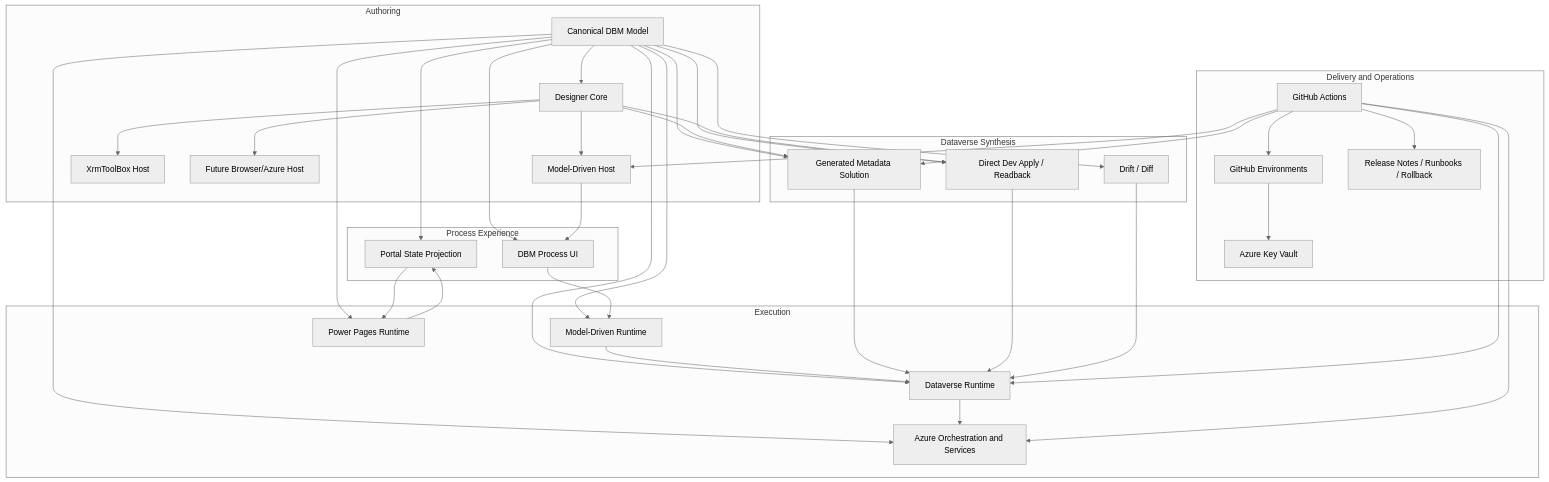
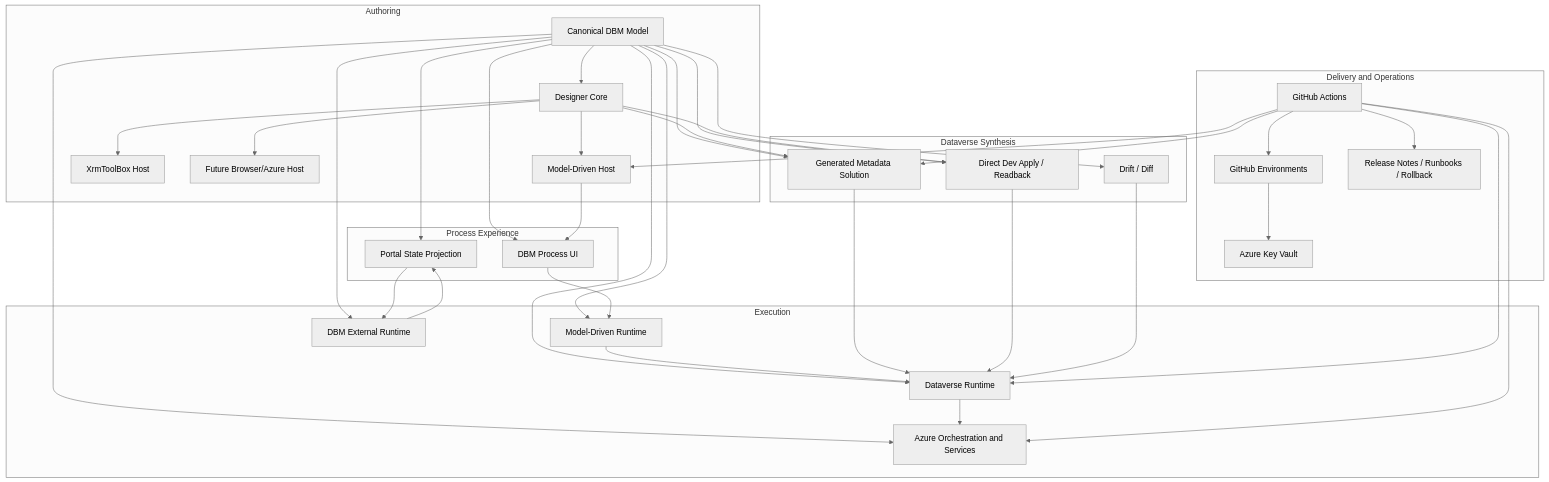
One commit to yagasoft/Dynamics-BusinessMachine changed the diagram in docs/architecture/target-platform-architecture.md. Above: the diagram before and after it, drawn with Mermaid (neutral theme). The commit also changed other lines of this file and 8 other files, not shown here.

````diff
--- a/docs/architecture/target-platform-architecture.md
+++ b/docs/architecture/target-platform-architecture.md
@@ -178,67 +178,67 @@
 ```mermaid
 flowchart TB
     subgraph Authoring["Authoring"]
         A["Canonical DBM Model"]
         B["Designer Core"]
         C["Model-Driven Host"]
         D["XrmToolBox Host"]
         E["Future Browser/Azure Host"]
     end
 
     subgraph Experience["Process Experience"]
         F["DBM Process UI"]
         G["Portal State Projection"]
     end
 
     subgraph Runtime["Execution"]
         H["Model-Driven Runtime"]
         I["Dataverse Runtime"]
         J["Azure Orchestration and Services"]
-        K["Power Pages Runtime"]
+        K["DBM External Runtime"]
     end
 
     subgraph Delivery["Delivery and Operations"]
         L["GitHub Actions"]
         M["GitHub Environments"]
         N["Azure Key Vault"]
         O["Release Notes / Runbooks / Rollback"]
     end
 
     subgraph Synthesis["Dataverse Synthesis"]
         P["Direct Dev Apply / Readback"]
         Q["Generated Metadata Solution"]
         R["Drift / Diff"]
     end
 
     A --> B
     B --> C
     B --> D
     B --> E
     A --> F
     A --> G
     A --> H
     A --> I
     A --> J
     A --> K
     C --> F
     K --> G
     F --> H
     G --> K
     H --> I
     I --> J
     A --> P
     A --> Q
     A --> R
     B --> P
     B --> Q
     Q --> I
     P --> I
     R --> I
     L --> M
     M --> N
     L --> O
     L --> C
     L --> I
     L --> J
     L --> Q
 ```
````
